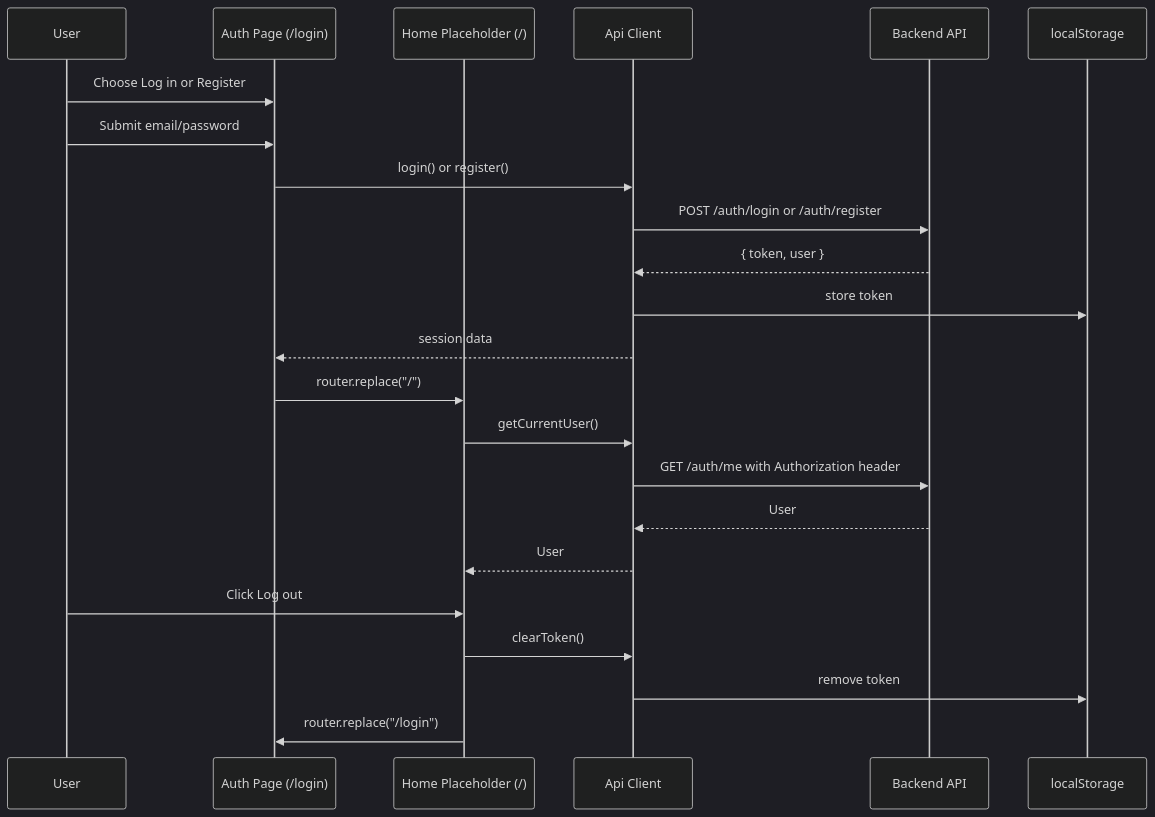
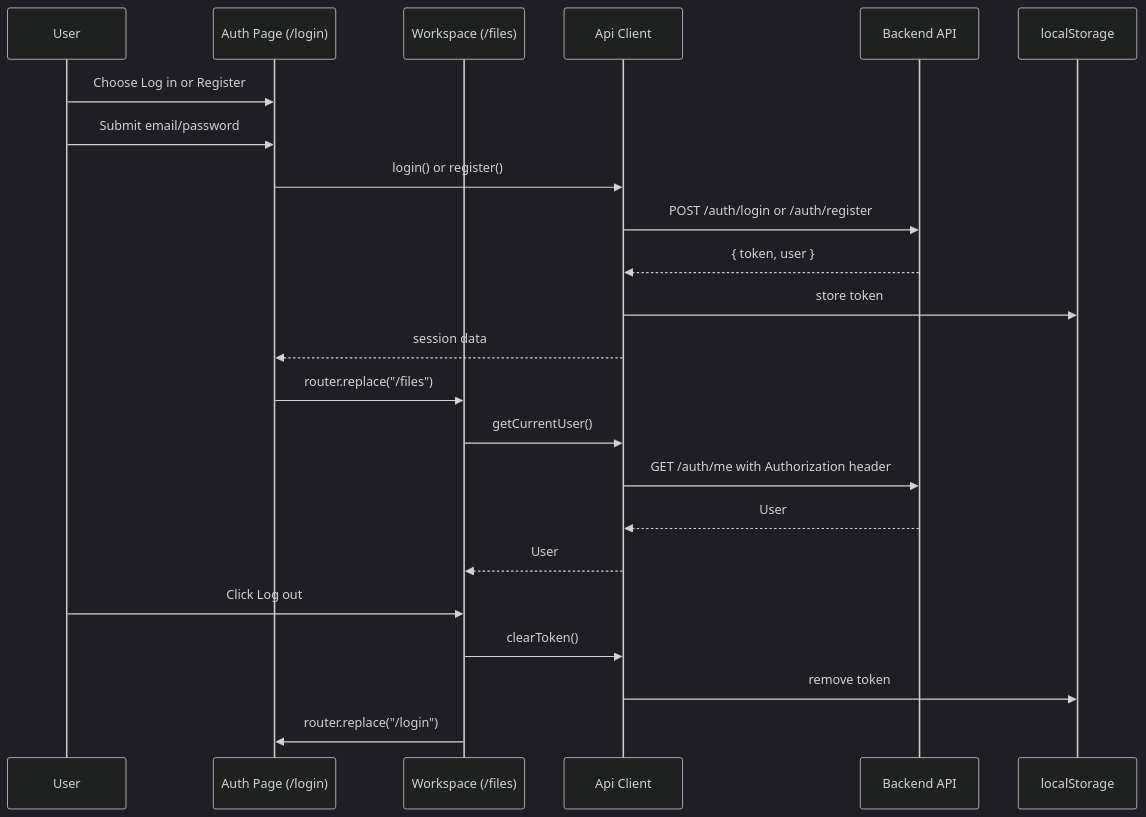
The diagram in docs/tech/frontend.md (yike2/Jevwright), drawn with Mermaid (dark theme) before and after one commit. The commit also changed other lines of this file and 51 other files, not shown here.

````diff
--- a/docs/tech/frontend.md
+++ b/docs/tech/frontend.md
@@ -429,27 +466,27 @@
 ```mermaid
 sequenceDiagram
   participant U as User
   participant P as Auth Page (/login)
-  participant H as Home Placeholder (/)
+  participant H as Workspace (/files)
   participant C as Api Client
   participant B as Backend API
   participant L as localStorage
 
   U->>P: Choose Log in or Register
   U->>P: Submit email/password
   P->>C: login() or register()
   C->>B: POST /auth/login or /auth/register
   B-->>C: { token, user }
   C->>L: store token
   C-->>P: session data
-  P->>H: router.replace("/")
+  P->>H: router.replace("/files")
 
   H->>C: getCurrentUser()
   C->>B: GET /auth/me with Authorization header
   B-->>C: User
   C-->>H: User
   U->>H: Click Log out
   H->>C: clearToken()
   C->>L: remove token
   H->>P: router.replace("/login")
 ```
````
